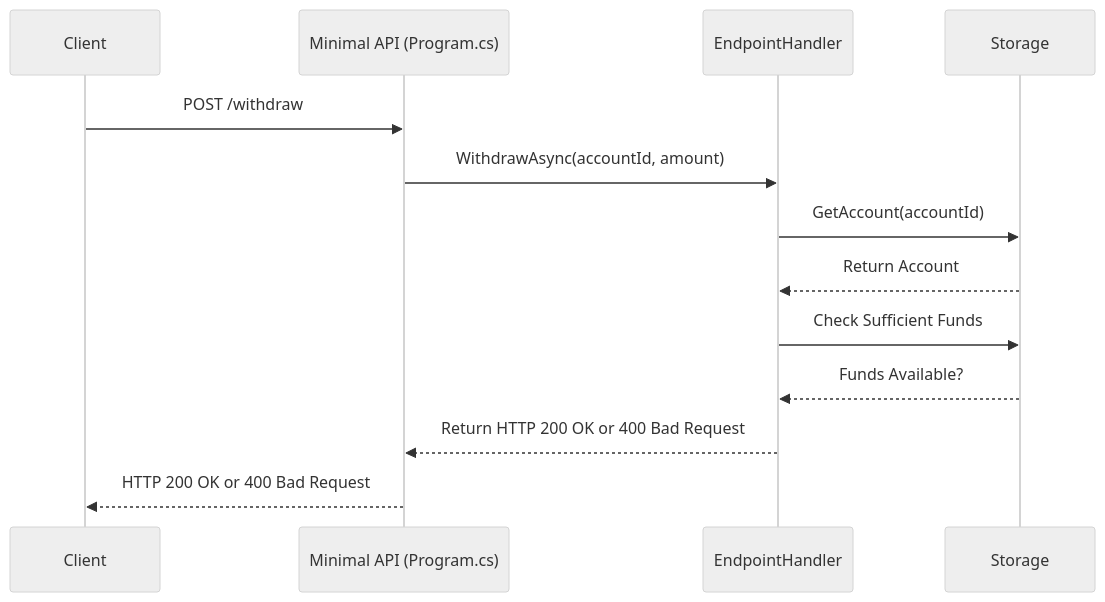
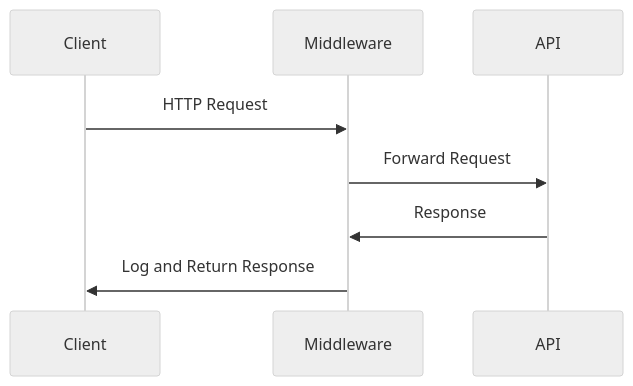
The second of 2 diagrams in README.md (ColoradoChristianUniversity/CIS-230-SP25-W12), drawn with Mermaid (neutral theme) before and after one commit. The commit also changed other lines of this file and 17 other files, not shown here.

````diff
--- a/README.md
+++ b/README.md
@@ -138,16 +130,11 @@
 ```mermaid
 sequenceDiagram
     participant Client
-    participant API as Minimal API (Program.cs)
-    participant Handler as EndpointHandler
-    participant Storage as Storage
+    participant Middleware
+    participant API
 
-    Client->>API: POST /withdraw
-    API->>Handler: WithdrawAsync(accountId, amount)
-    Handler->>Storage: GetAccount(accountId)
-    Storage-->>Handler: Return Account
-    Handler->>Storage: Check Sufficient Funds
-    Storage-->>Handler: Funds Available?
-    Handler-->>API: Return HTTP 200 OK or 400 Bad Request
-    API-->>Client: HTTP 200 OK or 400 Bad Request
+    Client->>Middleware: HTTP Request
+    Middleware->>API: Forward Request
+    API->>Middleware: Response
+    Middleware->>Client: Log and Return Response
 ```
````
